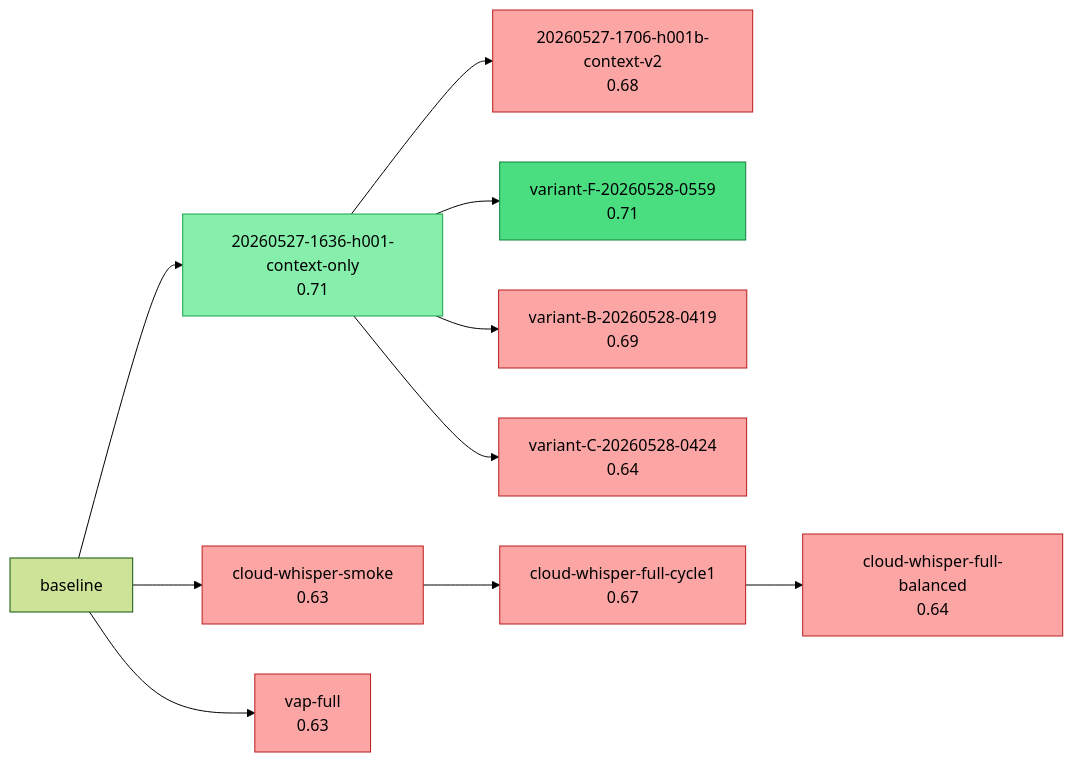
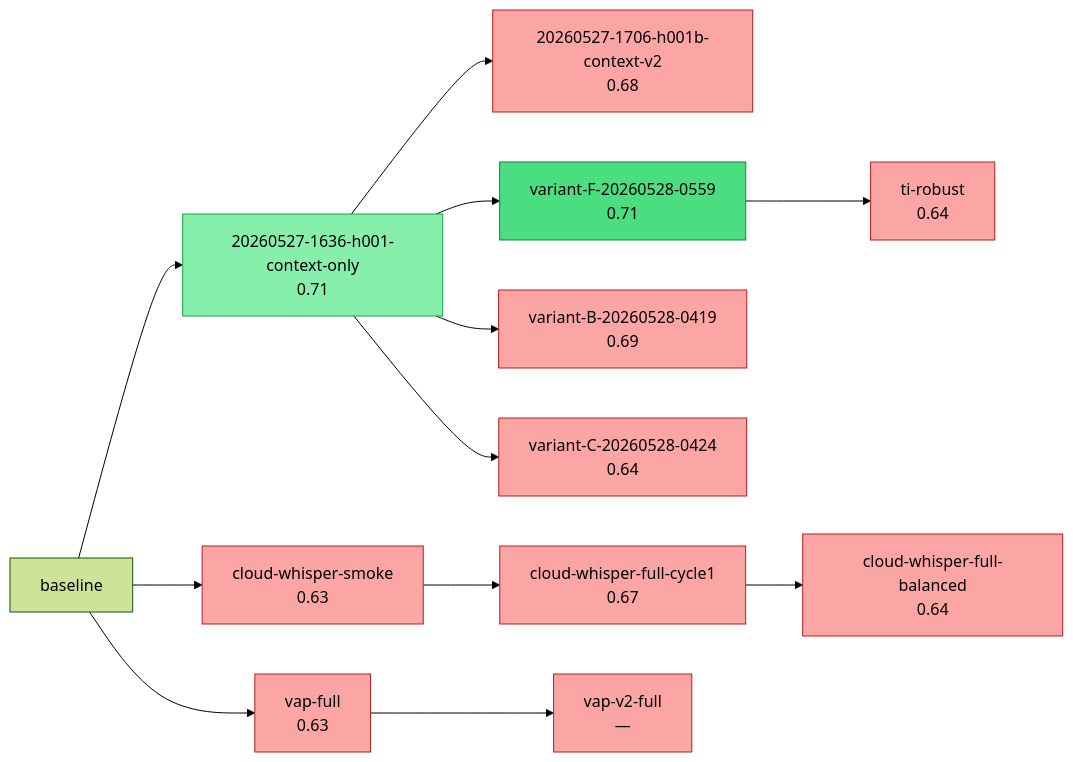
One commit to uukuguy/Audio-Classifier changed the diagram in docs/status/climb/research-tree.md. Above: the diagram before and after it, drawn with Mermaid (forest theme). The commit also changed other lines of this file and 8 other files, not shown here.

````diff
--- a/docs/status/climb/research-tree.md
+++ b/docs/status/climb/research-tree.md
@@ -48,34 +51,40 @@
 ```mermaid
 graph LR
     classDef sota fill:#4ade80,stroke:#15803d,color:#000
     classDef confirmed fill:#86efac,stroke:#16a34a,color:#000
     classDef falsified fill:#fca5a5,stroke:#b91c1c,color:#000
     classDef pending fill:#fde68a,stroke:#a16207,color:#000
     20260527_1636_h001_context_only["20260527-1636-h001-context-only<br/>0.71"]
     class 20260527_1636_h001_context_only confirmed
     20260527_1706_h001b_context_v2["20260527-1706-h001b-context-v2<br/>0.68"]
     class 20260527_1706_h001b_context_v2 falsified
     variant_F_20260528_0559["variant-F-20260528-0559<br/>0.71"]
     class variant_F_20260528_0559 sota
     variant_B_20260528_0419["variant-B-20260528-0419<br/>0.69"]
     class variant_B_20260528_0419 falsified
     variant_C_20260528_0424["variant-C-20260528-0424<br/>0.64"]
     class variant_C_20260528_0424 falsified
     cloud_whisper_smoke["cloud-whisper-smoke<br/>0.63"]
     class cloud_whisper_smoke falsified
     cloud_whisper_full_cycle1["cloud-whisper-full-cycle1<br/>0.67"]
     class cloud_whisper_full_cycle1 falsified
     cloud_whisper_full_balanced["cloud-whisper-full-balanced<br/>0.64"]
     class cloud_whisper_full_balanced falsified
     vap_full["vap-full<br/>0.63"]
     class vap_full falsified
+    ti_robust["ti-robust<br/>0.64"]
+    class ti_robust falsified
+    vap_v2_full["vap-v2-full<br/>—"]
+    class vap_v2_full falsified
     baseline --> 20260527_1636_h001_context_only
     20260527_1636_h001_context_only --> 20260527_1706_h001b_context_v2
     20260527_1636_h001_context_only --> variant_F_20260528_0559
     20260527_1636_h001_context_only --> variant_B_20260528_0419
     20260527_1636_h001_context_only --> variant_C_20260528_0424
     baseline --> cloud_whisper_smoke
     cloud_whisper_smoke --> cloud_whisper_full_cycle1
     cloud_whisper_full_cycle1 --> cloud_whisper_full_balanced
     baseline --> vap_full
+    variant_F_20260528_0559 --> ti_robust
+    vap_full --> vap_v2_full
 ```
````
